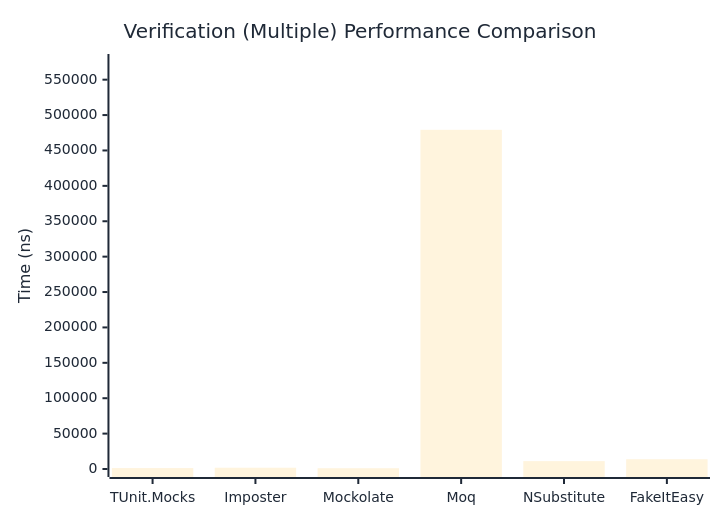
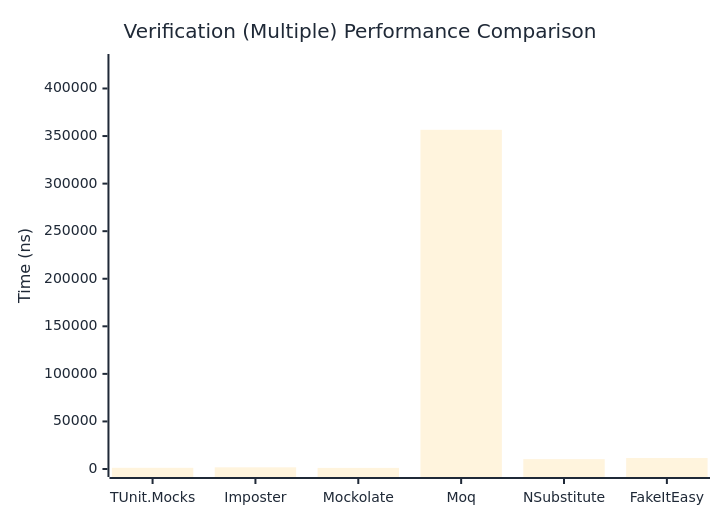
The third of 3 diagrams in docs/docs/benchmarks/mocks/Verification.md (thomhurst/TUnit), drawn with Mermaid before and after one commit. The commit also changed other lines of this file and 14 other files, not shown here.

````diff
--- a/docs/docs/benchmarks/mocks/Verification.md
+++ b/docs/docs/benchmarks/mocks/Verification.md
@@ -112,27 +112,27 @@
 ```mermaid
 %%{init: {
   'theme':'base',
   'themeVariables': {
     'primaryColor': '#2563eb',
     'primaryTextColor': '#1f2937',
     'primaryBorderColor': '#1e40af',
     'lineColor': '#6b7280',
     'secondaryColor': '#7c3aed',
     'tertiaryColor': '#dc2626',
     'background': '#ffffff',
     'pie1': '#2563eb',
     'pie2': '#7c3aed',
     'pie3': '#dc2626',
     'pie4': '#f59e0b',
     'pie5': '#10b981',
     'pie6': '#06b6d4',
     'pie7': '#ec4899',
     'pie8': '#6366f1'
   }
 }}%%
 xychart-beta
   title "Verification (Multiple) Performance Comparison"
   x-axis ["TUnit.Mocks", "Imposter", "Mockolate", "Moq", "NSubstitute", "FakeItEasy"]
-  y-axis "Time (ns)" 0 --> 574974
-  bar [1305.49, 1810.96, 1092.73, 479144.98, 11126.42, 13798.89]
+  y-axis "Time (ns)" 0 --> 427850
+  bar [1251.18, 1753.09, 1146.45, 356541.2, 10374.61, 11568.61]
 ```
````
